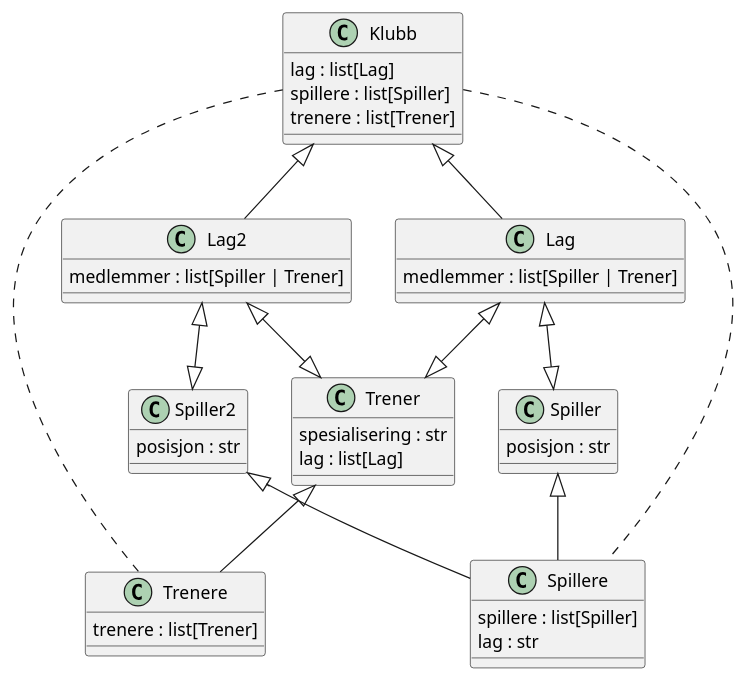
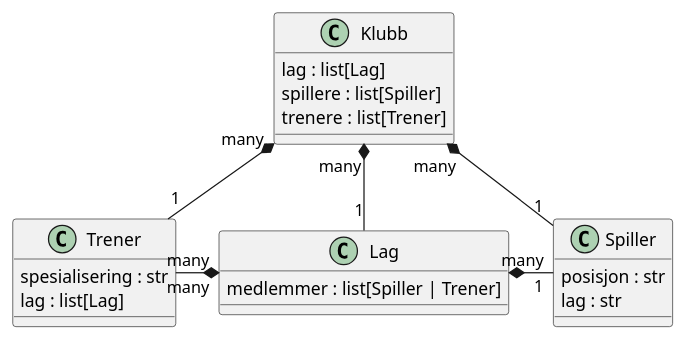
One commit to ThatG0y/Skole-innleveringer changed the diagram in UML/Oppgave 3.plantuml. Above: the diagram before and after it, drawn with PlantUML.

Commit message:
Rekonfigurerte fotballklubb-UMLen etter konvensjon

```diff
--- a/UML/Oppgave 3.plantuml
+++ b/UML/Oppgave 3.plantuml
@@ -1,42 +1,27 @@
 @startuml 3
 class Trener{
     spesialisering : str
     lag : list[Lag]
 }
 class Lag{
     medlemmer : list[Spiller | Trener]
 }
-class Lag2{
-    medlemmer : list[Spiller | Trener]
-}
+
 class Klubb{
     lag : list[Lag]
     spillere : list[Spiller]
     trenere : list[Trener]
 }
-class Spillere{
-    spillere : list[Spiller]
+
+class Spiller{
+    posisjon : str
     lag : str
 }
-class Trenere{
-    trenere : list[Trener]
-}
-class Spiller{
-    posisjon : str
-}
-class Spiller2{
-    posisjon : str
-}
 
-Spiller <|-up-|> Lag
-Spiller2 <|-up-|> Lag2
-Spillere -up-|> Spiller
-Spillere -up-|> Spiller2
-Spillere .up. Klubb
-Trenere .up. Klubb
-Trenere -up-|> Trener
-Lag <|--|> Trener
-Lag2 <|--|> Trener
-Klubb <|-- Lag
-Klubb <|-- Lag2
+Lag "1" -up-* "many" Klubb
+Lag "many" *-left- "many" Trener
+Lag "many" *-right- "1" Spiller
+Trener "1" -up-* "many" Klubb
+Spiller "1" -up-* "many" Klubb
+
 @enduml
```
